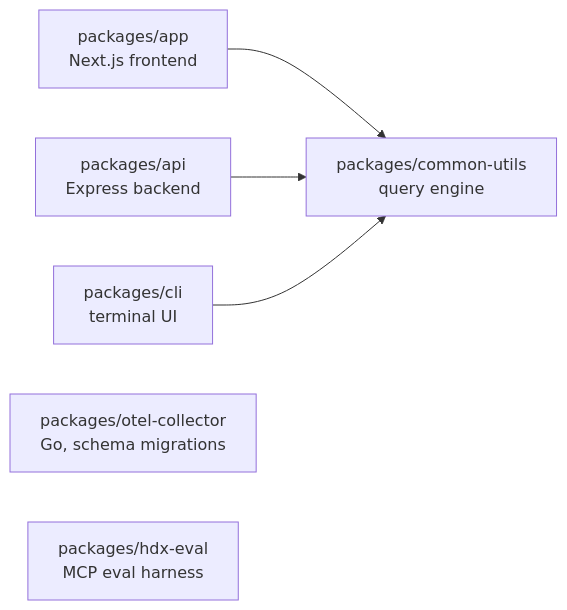
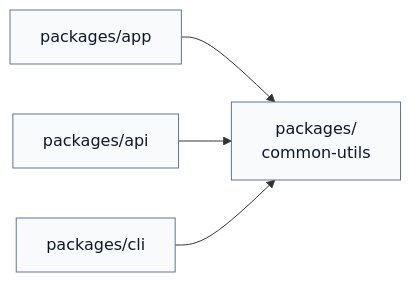
The second of 2 diagrams in docs/architecture/README.md (hyperi-io/dfe-hyperdx), drawn with Mermaid before and after one commit. The commit also changed other lines of this file and 24 other files, not shown here.

First line of the commit message:
docs(hyperdx): fix claims and redraw the fork docs diagrams

````diff
--- a/docs/architecture/README.md
+++ b/docs/architecture/README.md
@@ -82,13 +78,16 @@
 ```mermaid
 flowchart LR
-    app["packages/app<br/>Next.js frontend"]
-    api["packages/api<br/>Express backend"]
-    cu["packages/common-utils<br/>query engine"]
-    cli["packages/cli<br/>terminal UI"]
-    oc["packages/otel-collector<br/>Go, schema migrations"]
-    eval["packages/hdx-eval<br/>MCP eval harness"]
+    accTitle: L4 Detail -- Package dependencies
+    accDescr: The app, api and cli packages each depend on common-utils.
+
+    app["packages/app"]
+    api["packages/api"]
+    cli["packages/cli"]
+    cu["packages/<br/>common-utils"]
 
     app --> cu
     api --> cu
     cli --> cu
+
+    classDef default fill:#F8FAFC,stroke:#64748B,stroke-width:1px,color:#0F172A
 ```
````
